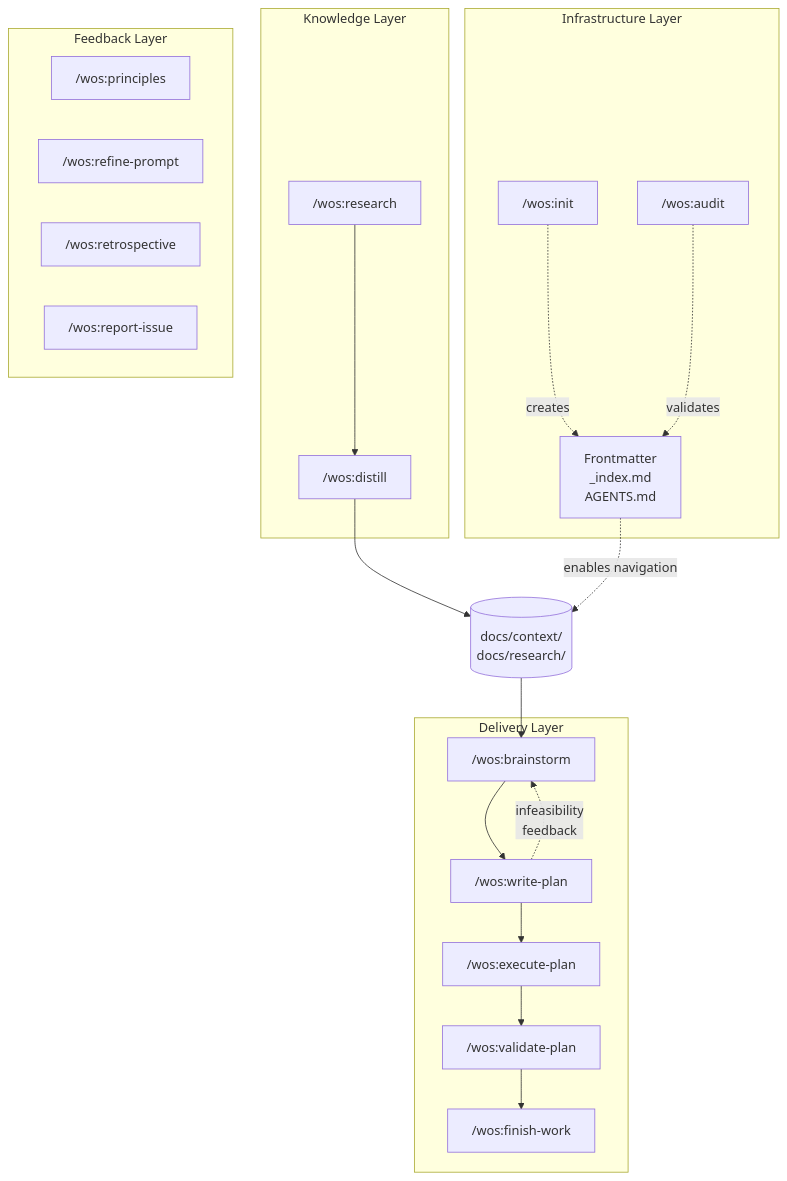
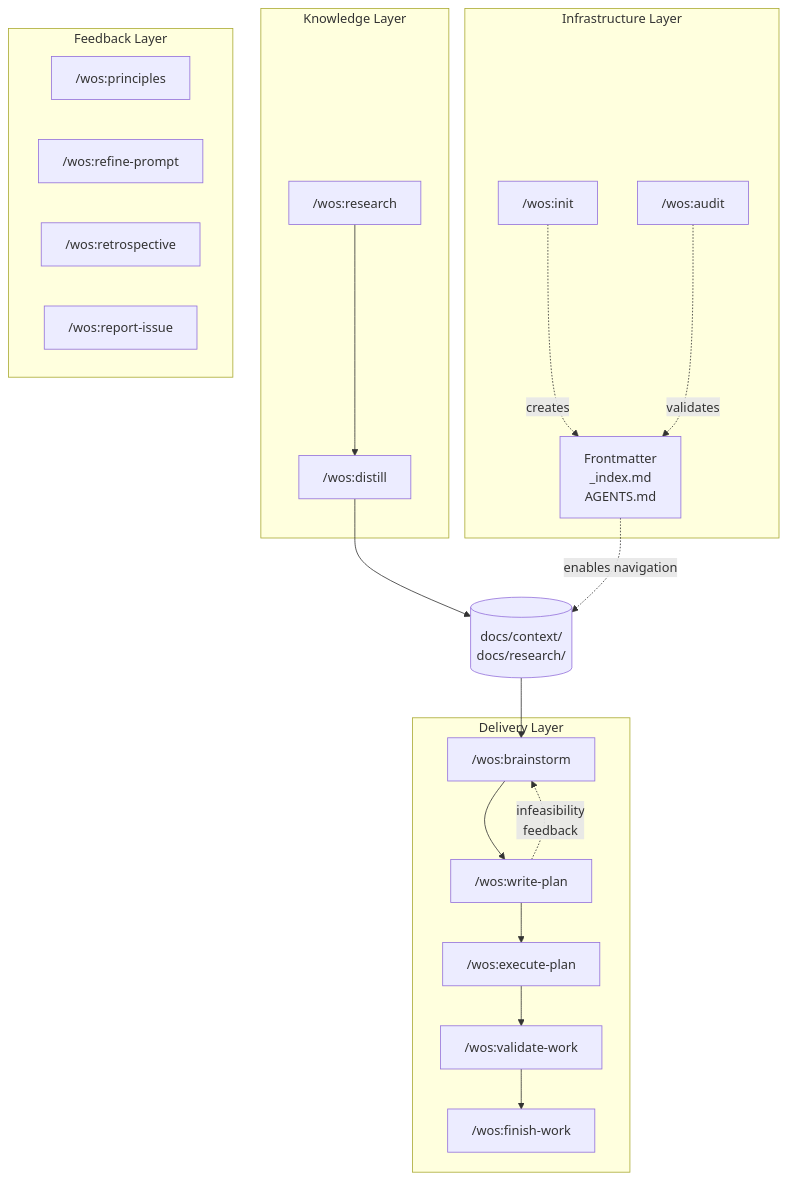
The diagram in OVERVIEW.md (bcbeidel/wos), drawn with Mermaid before and after one commit. The commit also changed other lines of this file and 12 other files, not shown here.

First line of the commit message:
feat: lifecycle clarity — docs/designs/ directory and validate-work rename (#180)

````diff
--- a/OVERVIEW.md
+++ b/OVERVIEW.md
@@ -9,32 +9,32 @@
 ```mermaid
 flowchart TB
     subgraph Knowledge["Knowledge Layer"]
         research["/wos:research"] --> distill["/wos:distill"]
     end
 
     distill --> context[("docs/context/\ndocs/research/")]
 
     subgraph Delivery["Delivery Layer"]
         brainstorm["/wos:brainstorm"] --> writeplan["/wos:write-plan"]
         writeplan --> executeplan["/wos:execute-plan"]
-        executeplan --> validateplan["/wos:validate-plan"]
-        validateplan --> finishwork["/wos:finish-work"]
+        executeplan --> validatework["/wos:validate-work"]
+        validatework --> finishwork["/wos:finish-work"]
         writeplan -."infeasibility\nfeedback".-> brainstorm
     end
 
     context --> brainstorm
 
     subgraph Infrastructure["Infrastructure Layer"]
         init["/wos:init"] -."creates".-> discovery["Frontmatter\n_index.md\nAGENTS.md"]
         audit["/wos:audit"] -."validates".-> discovery
     end
 
     discovery -."enables navigation".-> context
 
     subgraph Feedback["Feedback Layer"]
         principles["/wos:principles"]
         refineprompt["/wos:refine-prompt"]
         retrospective["/wos:retrospective"]
         reportissue["/wos:report-issue"]
     end
 ```
````
